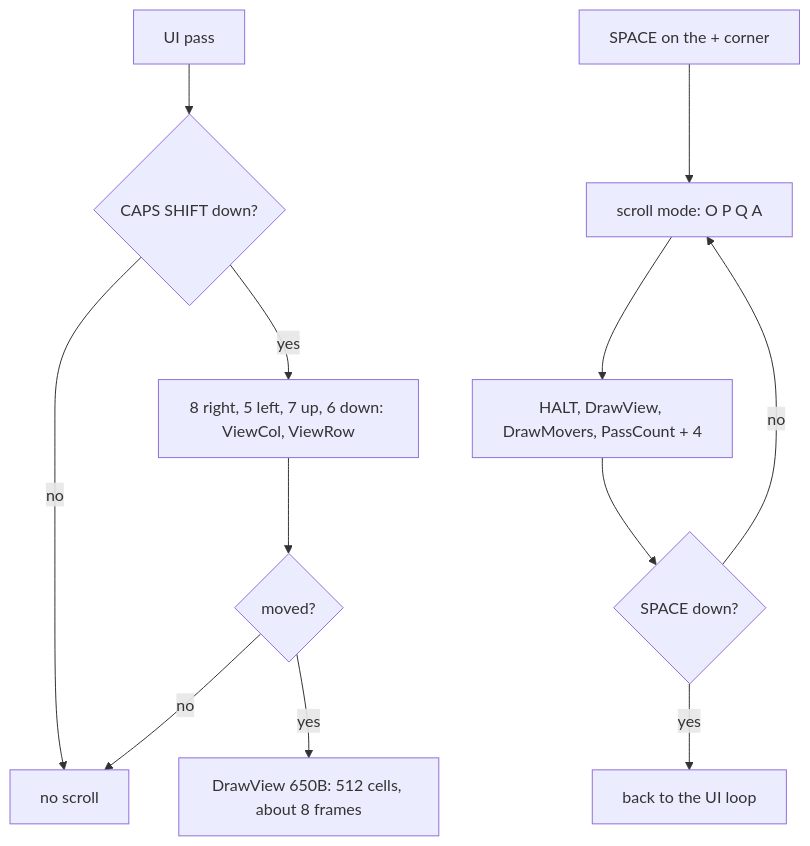
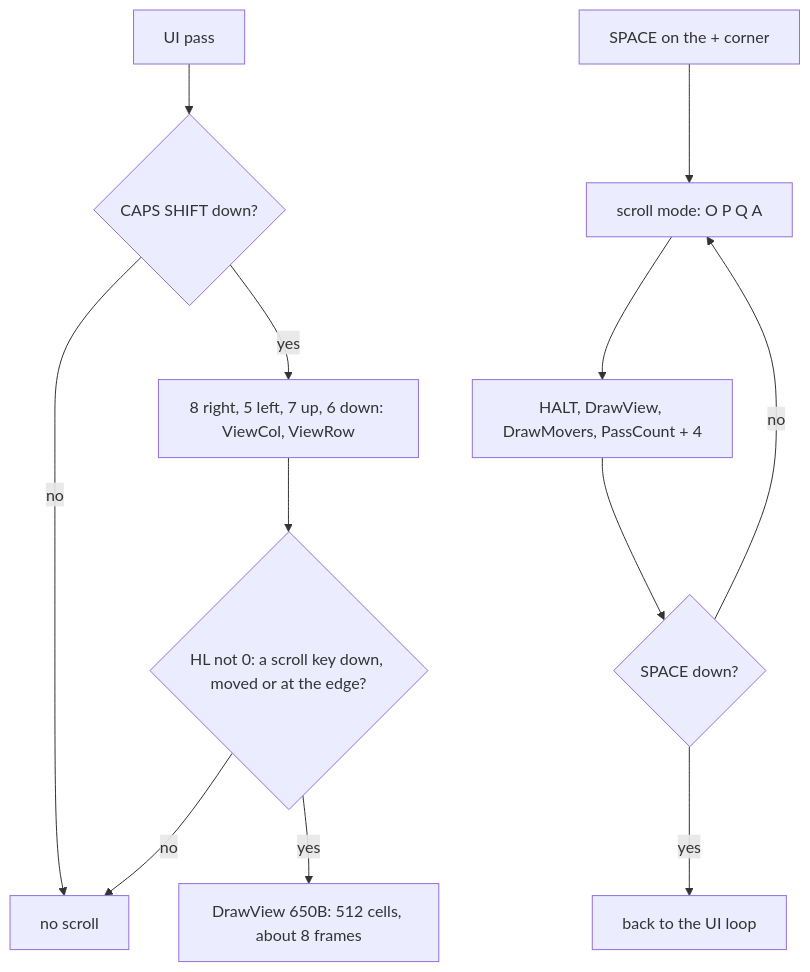
One commit to alfishe/unrealng-reverse-cases changed the sixth of 11 diagrams in games/simcity/docs/05-controls.md. Above: the diagram before and after it, drawn with Mermaid. The commit also changed other lines of this file and 40 other files, not shown here.

````diff
--- a/games/simcity/docs/05-controls.md
+++ b/games/simcity/docs/05-controls.md
@@ -747,14 +753,14 @@
 ```mermaid
 flowchart TD
     P["UI pass"] --> CS{"CAPS SHIFT down?"}
     CS -- "no" --> N["no scroll"]
     CS -- "yes" --> K["8 right, 5 left, 7 up, 6 down: ViewCol, ViewRow"]
-    K --> M{"moved?"}
+    K --> M{"HL not 0: a scroll key down, moved or at the edge?"}
     M -- "no" --> N
     M -- "yes" --> DV["DrawView 650B: 512 cells, about 8 frames"]
     C["SPACE on the + corner"] --> SM["scroll mode: O P Q A"]
     SM --> H["HALT, DrawView, DrawMovers, PassCount + 4"]
     H --> SP{"SPACE down?"}
     SP -- "no" --> SM
     SP -- "yes" --> X["back to the UI loop"]
 ```
````
